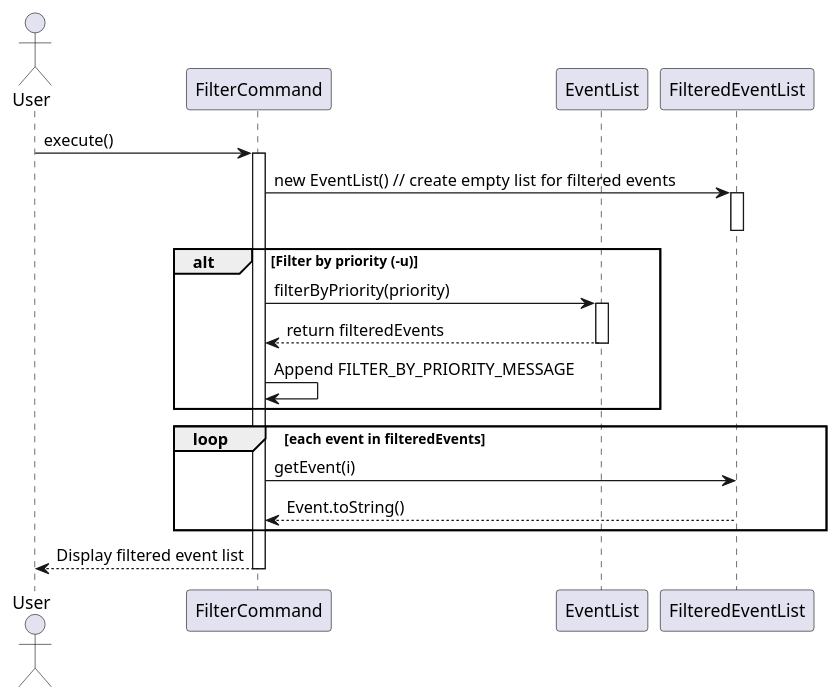
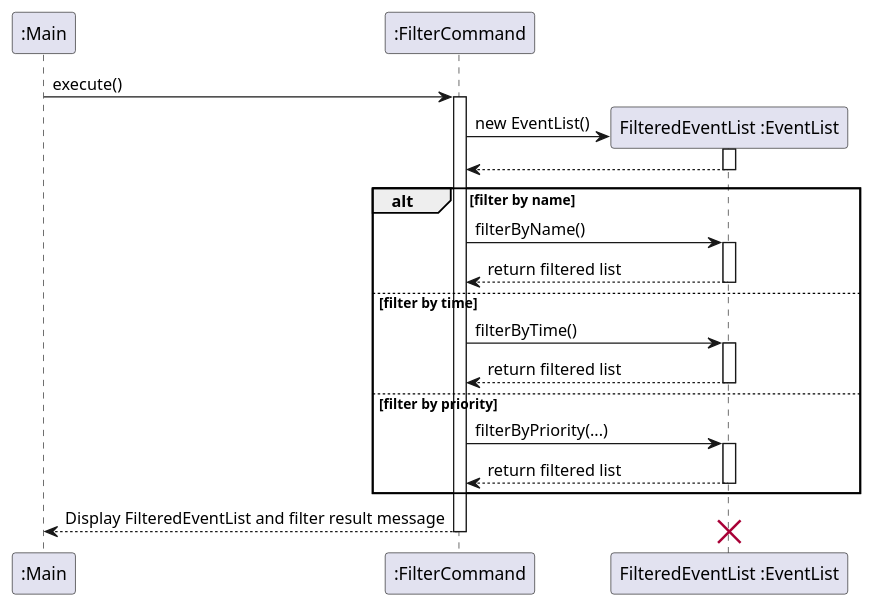
One commit to nus-cs2113-AY2425S1/tp changed the diagram in docs/diagrams/FilterCommandSequenceDiagram.puml. Above: the diagram before and after it, drawn with PlantUML. The commit also changed 3 other files, not shown here.

Commit message:
Edited sequence diagrams for copy, find, filter and sort commands

```diff
--- a/docs/diagrams/FilterCommandSequenceDiagram.puml
+++ b/docs/diagrams/FilterCommandSequenceDiagram.puml
@@ -1,29 +1,35 @@
 @startuml
-actor User
-participant "FilterCommand" as FC
-participant "EventList" as EL
-participant "FilteredEventList" as FEL
+participant ":Main" as Main
+participant ":FilterCommand" as FC
 
-User -> FC: execute()
+Main -> FC: execute()
+
+create participant "FilteredEventList :EventList" as FEL
 activate FC
-FC -> FEL: new EventList() // create empty list for filtered events
+FC -> FEL: new EventList()
 activate FEL
+FEL --> FC
 deactivate FEL
 
-alt Filter by priority (-u)
-    FC -> EL: filterByPriority(priority)
-    activate EL
-    EL --> FC: return filteredEvents
-    deactivate EL
-    FC -> FC: Append FILTER_BY_PRIORITY_MESSAGE
+alt filter by name
+    FC -> FEL: filterByName()
+    activate FEL
+    FEL --> FC: return filtered list
+    deactivate FEL
+else filter by time
+    FC -> FEL: filterByTime()
+    activate FEL
+    FEL --> FC: return filtered list
+    deactivate FEL
+else filter by priority
+    FC -> FEL: filterByPriority(...)
+    activate FEL
+    FEL --> FC: return filtered list
+    deactivate FEL
 end alt
 
-loop each event in filteredEvents
-    FC -> FEL: getEvent(i)
-    FEL --> FC: Event.toString()
-end loop
-
-FC --> User: Display filtered event list
+FC --> Main: Display FilteredEventList and filter result message
 deactivate FC
+destroy FEL
 
 @enduml
```
